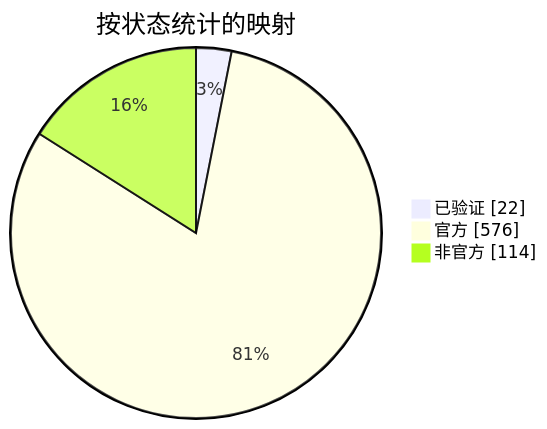
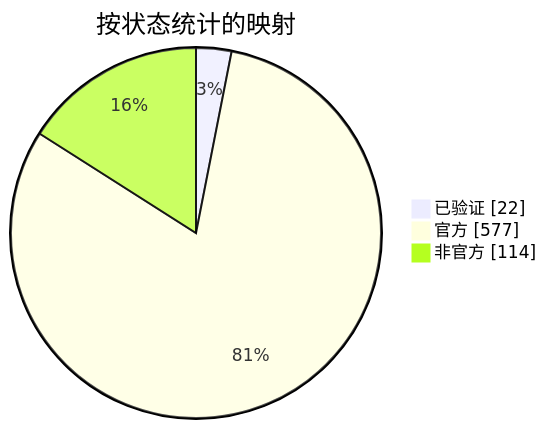
One commit to nobrega8/mbmap-library changed the diagram in docs/readme/README_ZHS.md. Above: the diagram before and after it, drawn with Mermaid. The commit also changed 6 other files, not shown here.

````diff
--- a/docs/readme/README_ZHS.md
+++ b/docs/readme/README_ZHS.md
@@ -54,7 +54,7 @@
 ```mermaid
 pie showData
     title 按状态统计的映射
     "已验证" : 22
-    "官方" : 576
+    "官方" : 577
     "非官方" : 114
 ```
````
